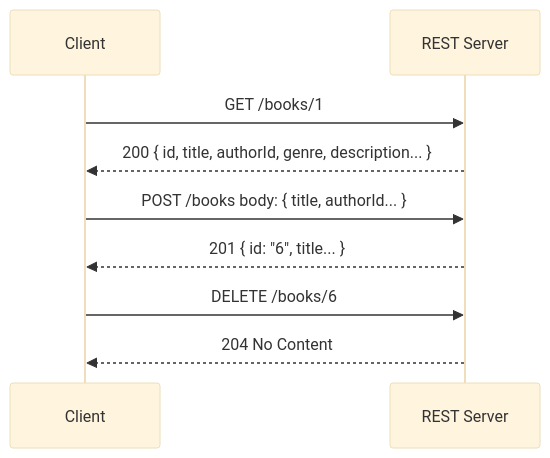
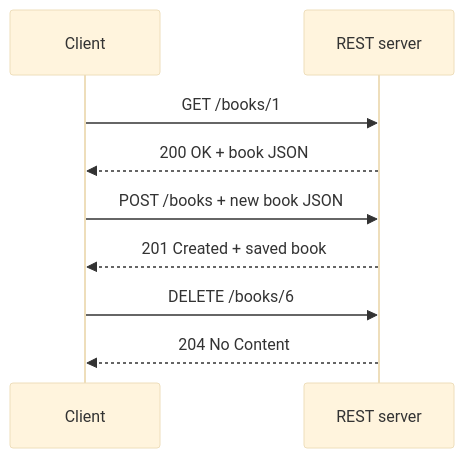
Before and after one commit to vaisakh-vn/api-comparison: the second of 13 diagrams in README.md, drawn with Mermaid (base theme). The commit also changed other lines of this file, not shown here.

First line of the commit message:
Fix README diagram colors and correct gRPC comparison

````diff
--- a/README.md
+++ b/README.md
@@ -115,14 +117,14 @@
 ```mermaid
 sequenceDiagram
     participant C as Client
-    participant S as REST Server
+    participant S as REST server
 
     C->>S: GET /books/1
-    S-->>C: 200 { id, title, authorId, genre, description... }
+    S-->>C: 200 OK + book JSON
 
-    C->>S: POST /books  body: { title, authorId... }
-    S-->>C: 201 { id: "6", title... }
+    C->>S: POST /books + new book JSON
+    S-->>C: 201 Created + saved book
 
     C->>S: DELETE /books/6
     S-->>C: 204 No Content
 ```
````
